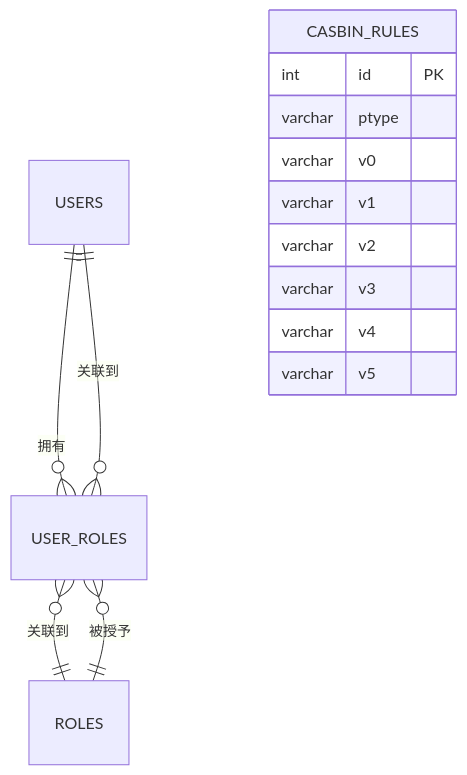
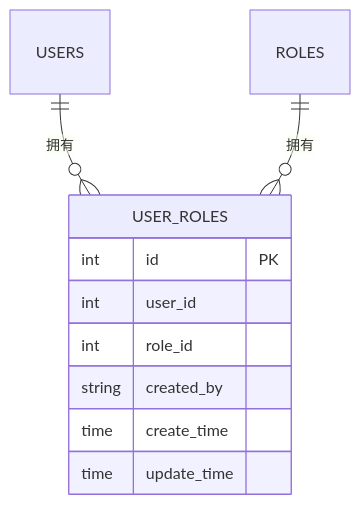
The fifth of 10 diagrams in .qoder/repowiki/zh/content/数据库设计/数据库设计.md (wuwuseo/e-sports-go-admin), drawn with Mermaid before and after one commit. The commit also changed other lines of this file and 141 other files, not shown here.

````diff
--- a/.qoder/repowiki/zh/content/数据库设计/数据库设计.md
+++ b/.qoder/repowiki/zh/content/数据库设计/数据库设计.md
@@ -168,17 +233,13 @@
 ```mermaid
 erDiagram
+USER_ROLES {
+int id PK
+int user_id
+int role_id
+string created_by
+time create_time
+time update_time
+}
 USERS ||--o{ USER_ROLES : "拥有"
-ROLES ||--o{ USER_ROLES : "被授予"
-USER_ROLES }o--|| USERS : "关联到"
-USER_ROLES }o--|| ROLES : "关联到"
-CASBIN_RULES {
-int id PK
-varchar ptype
-varchar v0
-varchar v1
-varchar v2
-varchar v3
-varchar v4
-varchar v5
-}
+ROLES ||--o{ USER_ROLES : "拥有"
 ```
````
